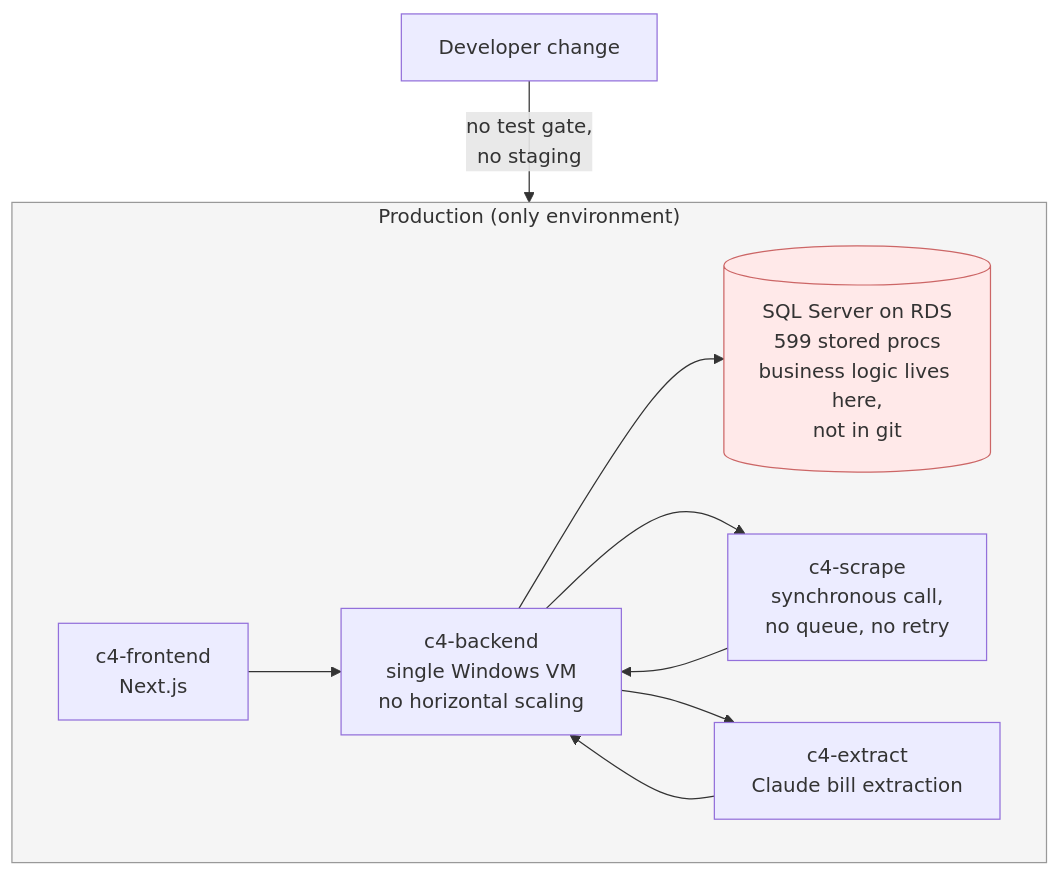
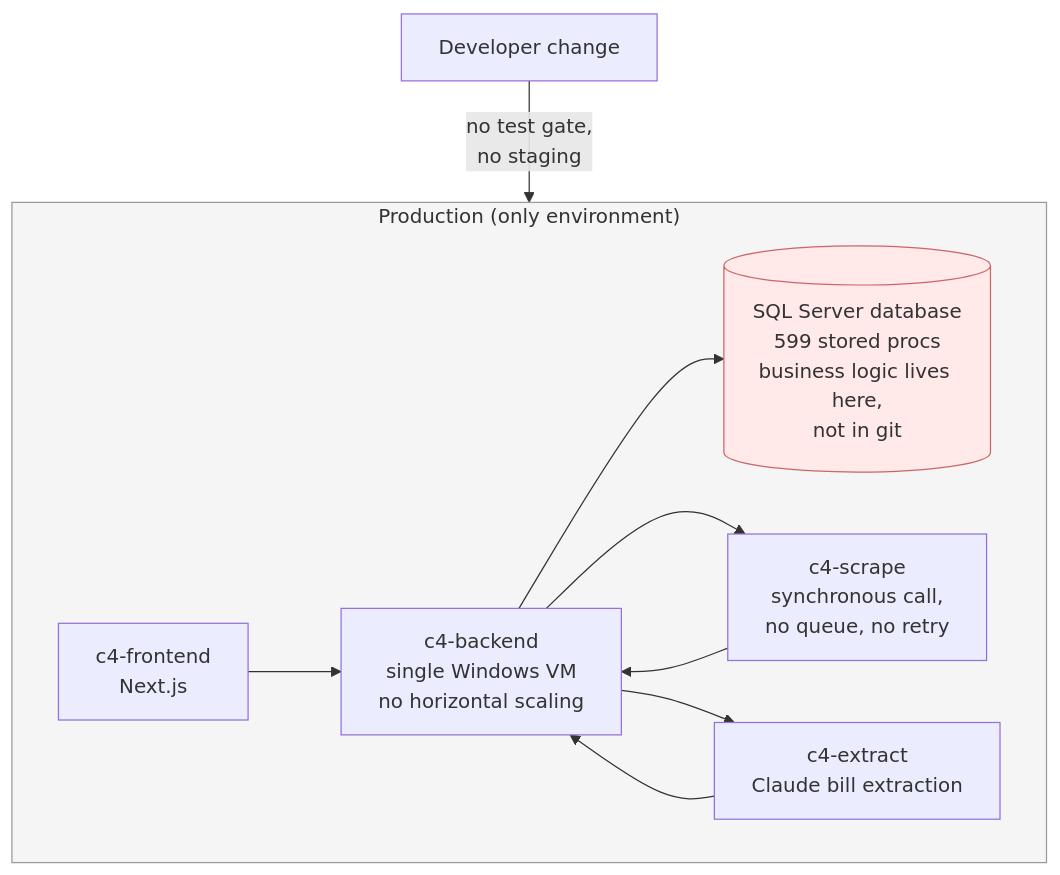
Before and after one commit to keystone-software-systems/keystone-web: the first of 3 diagrams in docs/projects/ubility-partnership-proposal.md, drawn with Mermaid. The commit also changed other lines of this file, not shown here.

````diff
--- a/docs/projects/ubility-partnership-proposal.md
+++ b/docs/projects/ubility-partnership-proposal.md
@@ -78,22 +88,22 @@
 ```mermaid
 graph TD
     DEV["Developer change"] -->|"no test gate,<br/>no staging"| PROD
 
     subgraph PROD["Production (only environment)"]
         FE["c4-frontend<br/>Next.js"]
         BE["c4-backend<br/>single Windows VM<br/>no horizontal scaling"]
-        DB[("SQL Server on RDS<br/>599 stored procs<br/>business logic lives here,<br/>not in git")]
+        DB[("SQL Server database<br/>599 stored procs<br/>business logic lives here,<br/>not in git")]
         SC["c4-scrape<br/>synchronous call,<br/>no queue, no retry"]
         EX["c4-extract<br/>Claude bill extraction"]
     end
 
     FE --> BE
     BE --> DB
     BE --> SC
     SC --> BE
     BE --> EX
     EX --> BE
 
     style PROD fill:#f5f5f5,stroke:#999
     style DB fill:#ffe9e9,stroke:#c66
 ```
````
